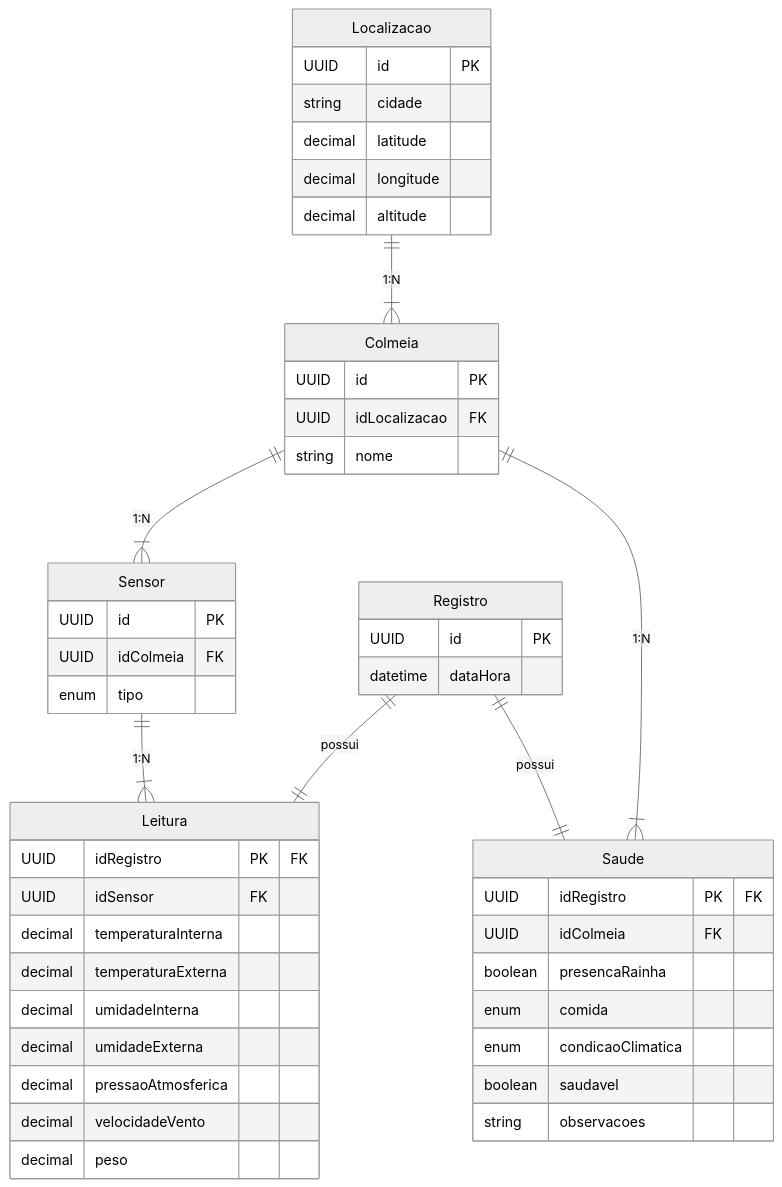
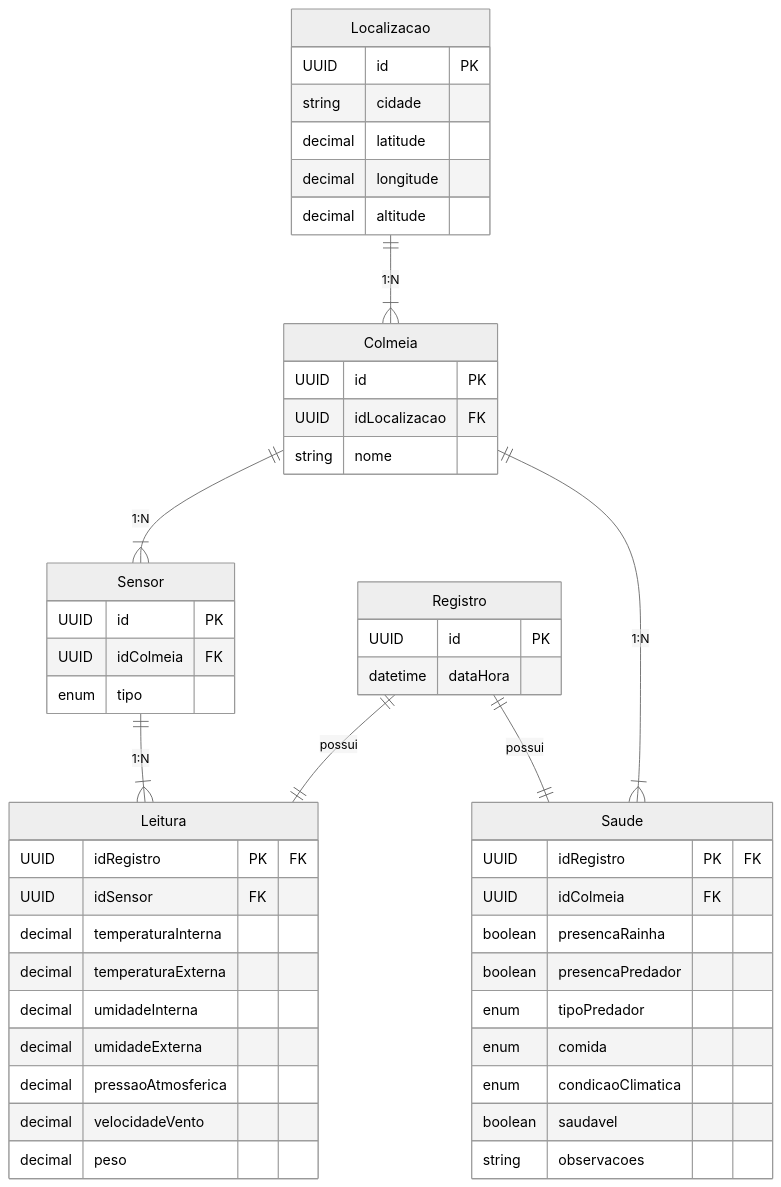
Before and after one commit to NataliaNogueira1/IniciacaoCientifica: the diagram in registro-colmeia/documentacao/DiagramaMER.md, drawn with Mermaid (neutral theme).

Commit message:
Add predator presence and type to health diagram

````diff
--- a/registro-colmeia/documentacao/DiagramaMER.md
+++ b/registro-colmeia/documentacao/DiagramaMER.md
@@ -1,58 +1,60 @@
 ```mermaid
 erDiagram
 
     Localizacao {
         UUID id PK
         string cidade
         decimal latitude
         decimal longitude
         decimal altitude
     }
 
     Colmeia {
         UUID id PK
         UUID idLocalizacao FK
         string nome
     }
 
     Sensor {
         UUID id PK
         UUID idColmeia FK
         enum tipo
     }
 
     Registro {
         UUID id PK
         datetime dataHora
     }
 
     Leitura {
         UUID idRegistro PK "FK"
         UUID idSensor FK
         decimal temperaturaInterna
         decimal temperaturaExterna
         decimal umidadeInterna
         decimal umidadeExterna
         decimal pressaoAtmosferica
         decimal velocidadeVento
         decimal peso
     }
 
     Saude {
         UUID idRegistro PK "FK"
         UUID idColmeia FK
         boolean presencaRainha
+        boolean presencaPredador
+        enum tipoPredador
         enum comida
         enum condicaoClimatica
         boolean saudavel
         string observacoes
     }
 
     Localizacao ||--|{ Colmeia : "1:N"
     Colmeia ||--|{ Sensor : "1:N"
     Sensor ||--|{ Leitura : "1:N"
     Colmeia ||--|{ Saude : "1:N"
     Registro ||--|| Leitura : possui
     Registro ||--|| Saude : possui
 
 ```
````
